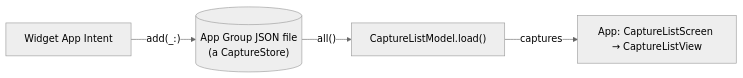
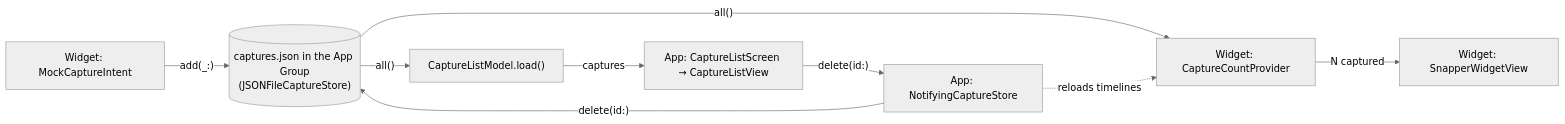
The second of 2 diagrams in docs/architecture.md (southp/buffer-snap), drawn with Mermaid (neutral theme) before and after one commit. The commit also changed other lines of this file and 3 other files, not shown here.

First line of the commit message:
Docs: Describe the widget and the shared store

````diff
--- a/docs/architecture.md
+++ b/docs/architecture.md
@@ -70,6 +73,11 @@
 ```mermaid
 flowchart LR
-    Intent["Widget App Intent"] -->|"add(_:)"| Store[("App Group JSON file<br/>(a CaptureStore)")]
+    Intent["Widget: MockCaptureIntent"] -->|"add(_:)"| Store[("captures.json in the App Group<br/>(JSONFileCaptureStore)")]
+    Store -->|"all()"| Timeline["Widget: CaptureCountProvider"]
+    Timeline -->|"N captured"| Face["Widget: SnapperWidgetView"]
     Store -->|"all()"| List["CaptureListModel.load()"]
     List -->|captures| View["App: CaptureListScreen → CaptureListView"]
+    View -->|"delete(id:)"| Notifying["App: NotifyingCaptureStore"]
+    Notifying -->|"delete(id:)"| Store
+    Notifying -.->|"reloads timelines"| Timeline
 ```
````
